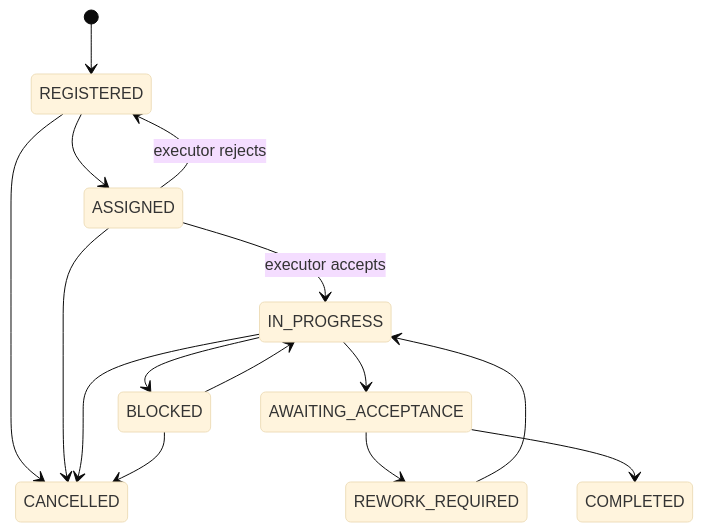
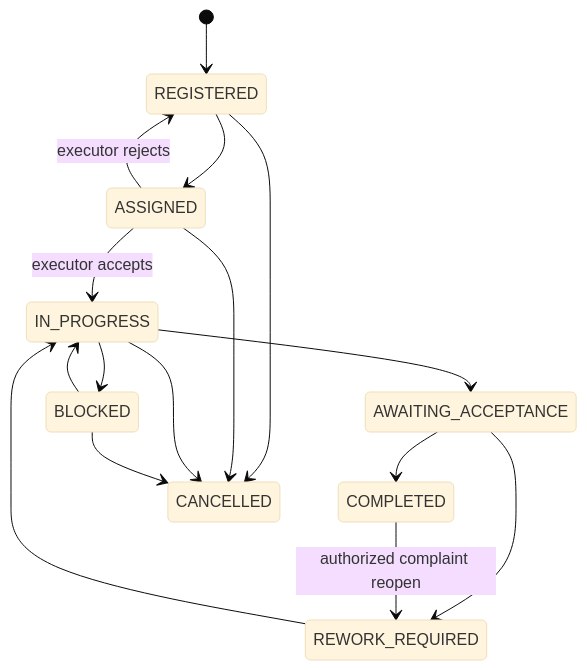
Before and after one commit to mufazzalshokh/mahalla-service: the second of 2 diagrams in docs/architecture/state-machine.md, drawn with Mermaid (base theme). The commit also changed other lines of this file and 41 other files, not shown here.

````diff
--- a/docs/architecture/state-machine.md
+++ b/docs/architecture/state-machine.md
@@ -31,17 +31,18 @@
 ```mermaid
 stateDiagram-v2
     [*] --> REGISTERED
     REGISTERED --> ASSIGNED
     ASSIGNED --> REGISTERED: executor rejects
     ASSIGNED --> IN_PROGRESS: executor accepts
     IN_PROGRESS --> BLOCKED
     BLOCKED --> IN_PROGRESS
     IN_PROGRESS --> AWAITING_ACCEPTANCE
     AWAITING_ACCEPTANCE --> REWORK_REQUIRED
     REWORK_REQUIRED --> IN_PROGRESS
     AWAITING_ACCEPTANCE --> COMPLETED
+    COMPLETED --> REWORK_REQUIRED: authorized complaint reopen
     REGISTERED --> CANCELLED
     ASSIGNED --> CANCELLED
     IN_PROGRESS --> CANCELLED
     BLOCKED --> CANCELLED
 ```
````
